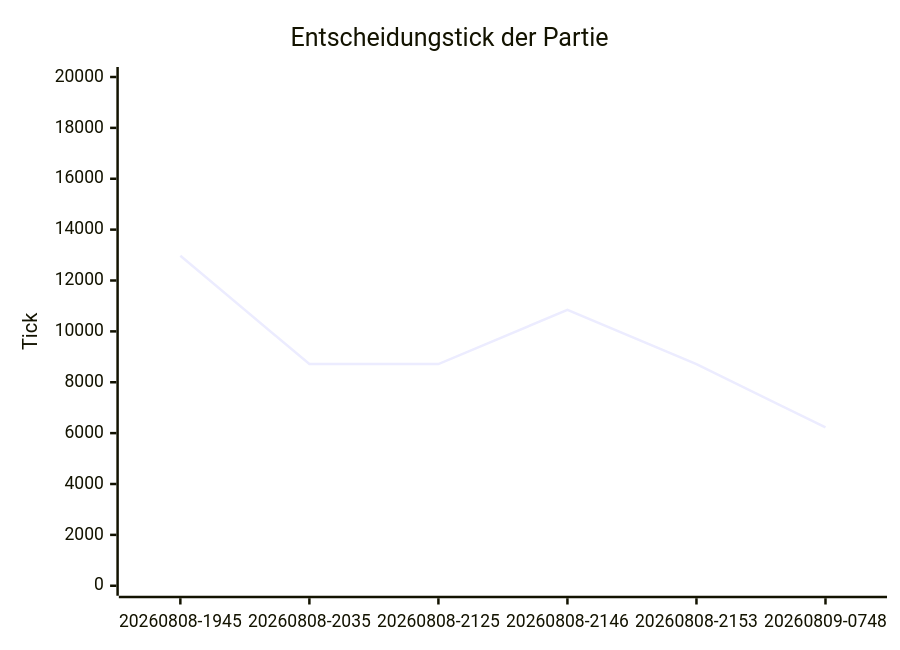
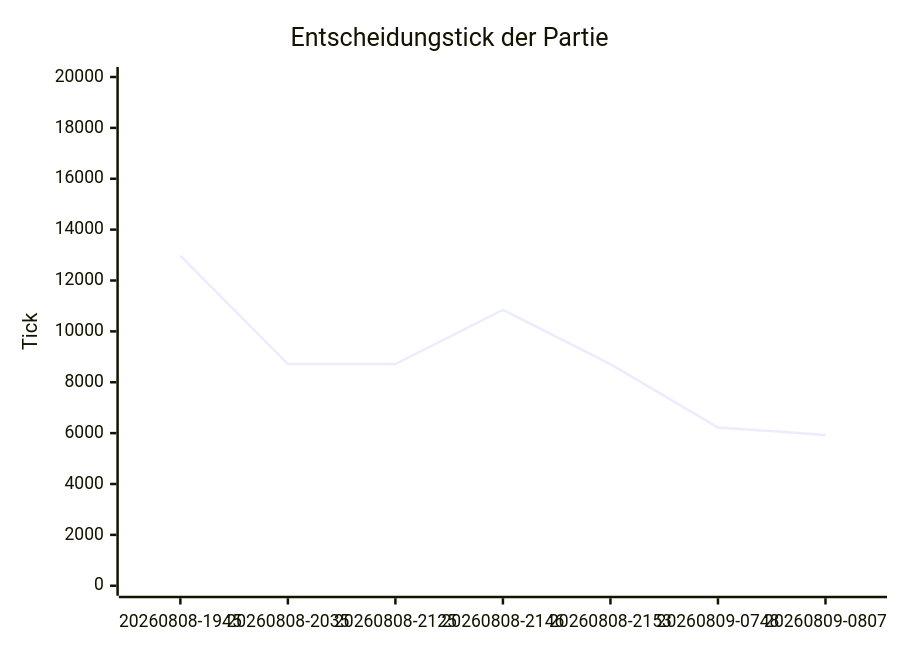
Before and after one commit to arn-c0de/Project_Nova: the first of 3 diagrams in tools/Nova.AiLab/reports/README.md, drawn with Mermaid. The commit also changed other lines of this file and 272 other files, not shown here.

````diff
--- a/tools/Nova.AiLab/reports/README.md
+++ b/tools/Nova.AiLab/reports/README.md
@@ -50,7 +51,7 @@
 ```mermaid
 xychart-beta
     title "Entscheidungstick der Partie"
-    x-axis ["20260808-1945", "20260808-2035", "20260808-2125", "20260808-2146", "20260808-2153", "20260809-0748"]
+    x-axis ["20260808-1945", "20260808-2035", "20260808-2125", "20260808-2146", "20260808-2153", "20260809-0748", "20260809-0807"]
     y-axis "Tick" 0 --> 20000
-    line [12975, 8715, 8715, 10847, 8715, 6223]
+    line [12975, 8715, 8715, 10847, 8715, 6223, 5931]
 ```
````
